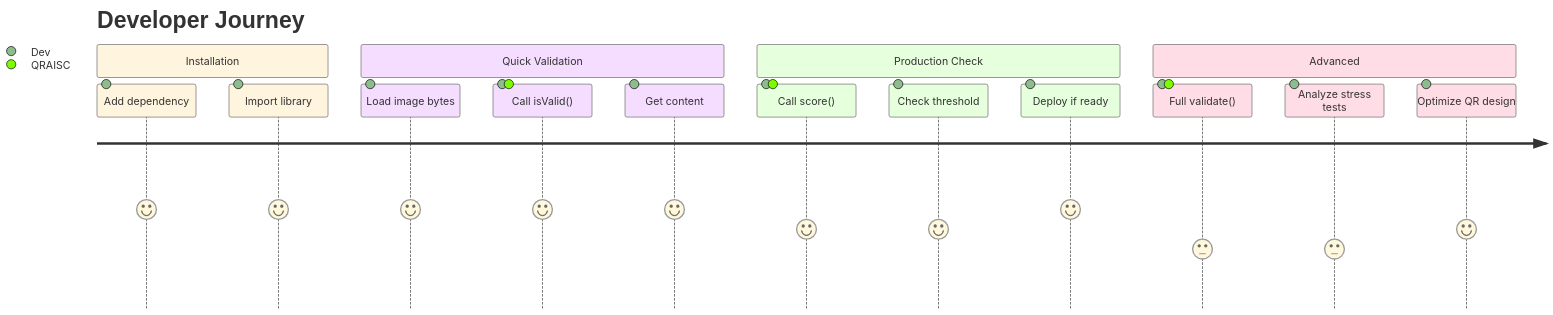
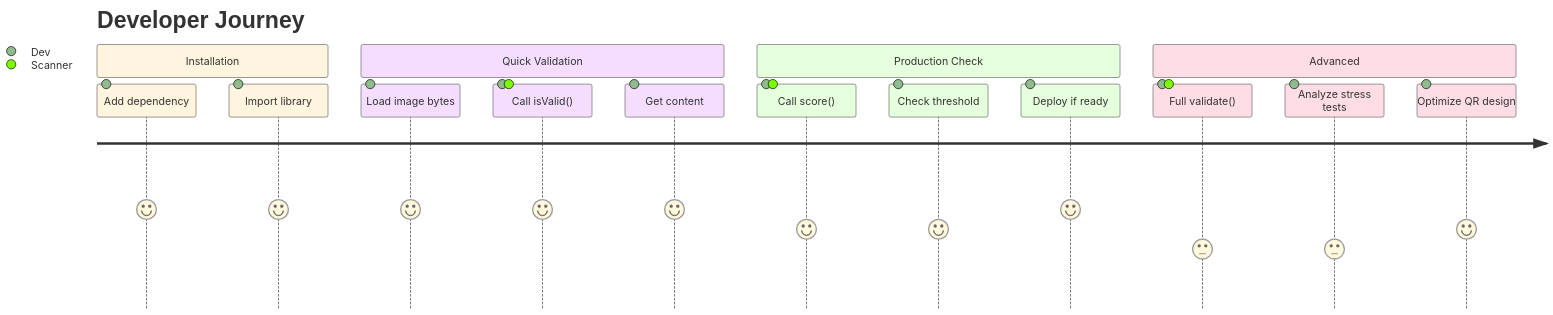
One commit to supernovae-ai/qrai-scanner changed the ninth of 10 diagrams in README.md. Above: the diagram before and after it, drawn with Mermaid. The commit also changed other lines of this file and 1 other file, not shown here.

First line of the commit message:
docs: standardize naming to "QR Code AI Scanner"

````diff
--- a/README.md
+++ b/README.md
@@ -645,22 +645,22 @@
 ```mermaid
 %%{init: {'theme': 'base', 'themeVariables': {'lineColor': '#64748b'}}}%%
 journey
-    accTitle: Developer Experience with QRAISC
-    accDescr: Steps a developer takes to integrate QRAISC
+    accTitle: Developer Experience with QR Code AI Scanner
+    accDescr: Steps a developer takes to integrate the scanner
     title Developer Journey
     section Installation
       Add dependency: 5: Dev
       Import library: 5: Dev
     section Quick Validation
       Load image bytes: 5: Dev
-      Call isValid(): 5: Dev, QRAISC
+      Call isValid(): 5: Dev, Scanner
       Get content: 5: Dev
     section Production Check
-      Call score(): 4: Dev, QRAISC
+      Call score(): 4: Dev, Scanner
       Check threshold: 4: Dev
       Deploy if ready: 5: Dev
     section Advanced
-      Full validate(): 3: Dev, QRAISC
+      Full validate(): 3: Dev, Scanner
       Analyze stress tests: 3: Dev
       Optimize QR design: 4: Dev
 ```
````
